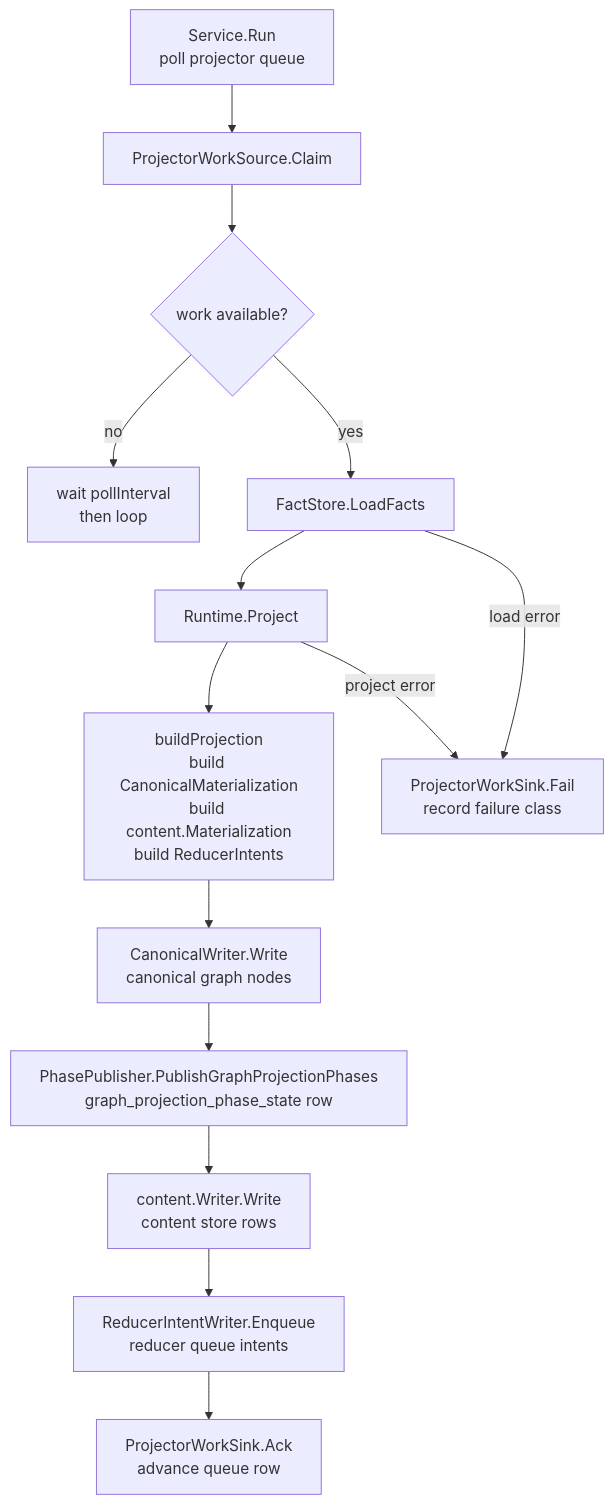
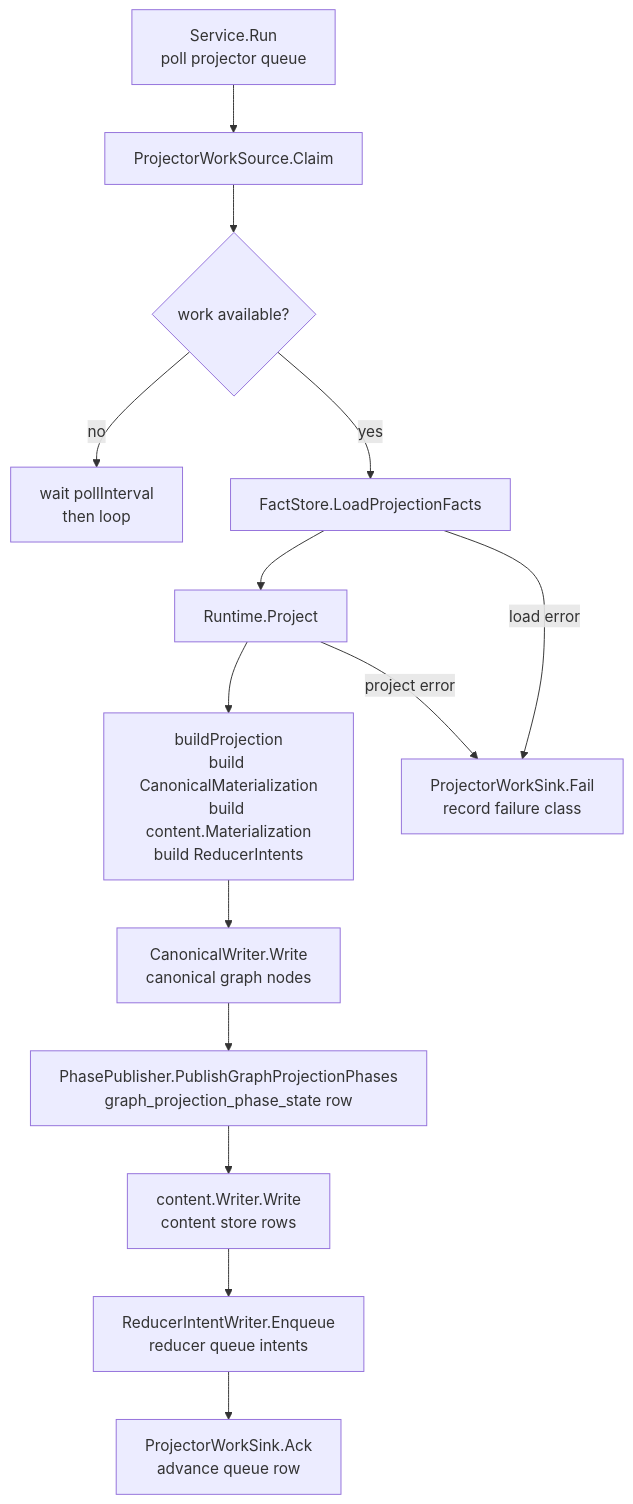
The second of 2 diagrams in go/internal/projector/README.md (eshu-hq/eshu), drawn with Mermaid before and after one commit. The commit also changed other lines of this file and 30 other files, not shown here.

````diff
--- a/go/internal/projector/README.md
+++ b/go/internal/projector/README.md
@@ -59,16 +59,16 @@
 ```mermaid
 flowchart TB
   A["Service.Run\npoll projector queue"] --> B["ProjectorWorkSource.Claim"]
   B --> C{"work available?"}
   C -- no --> D["wait pollInterval\nthen loop"]
-  C -- yes --> E["FactStore.LoadFacts"]
+  C -- yes --> E["FactStore.LoadProjectionFacts"]
   E --> F["Runtime.Project"]
   F --> G["buildProjection\nbuild CanonicalMaterialization\nbuild content.Materialization\nbuild ReducerIntents"]
   G --> H["CanonicalWriter.Write\ncanonical graph nodes"]
   H --> I["PhasePublisher.PublishGraphProjectionPhases\ngraph_projection_phase_state row"]
   I --> J["content.Writer.Write\ncontent store rows"]
   J --> K["ReducerIntentWriter.Enqueue\nreducer queue intents"]
   K --> L["ProjectorWorkSink.Ack\nadvance queue row"]
   E -- load error --> M["ProjectorWorkSink.Fail\nrecord failure class"]
   F -- project error --> M
 ```
````
